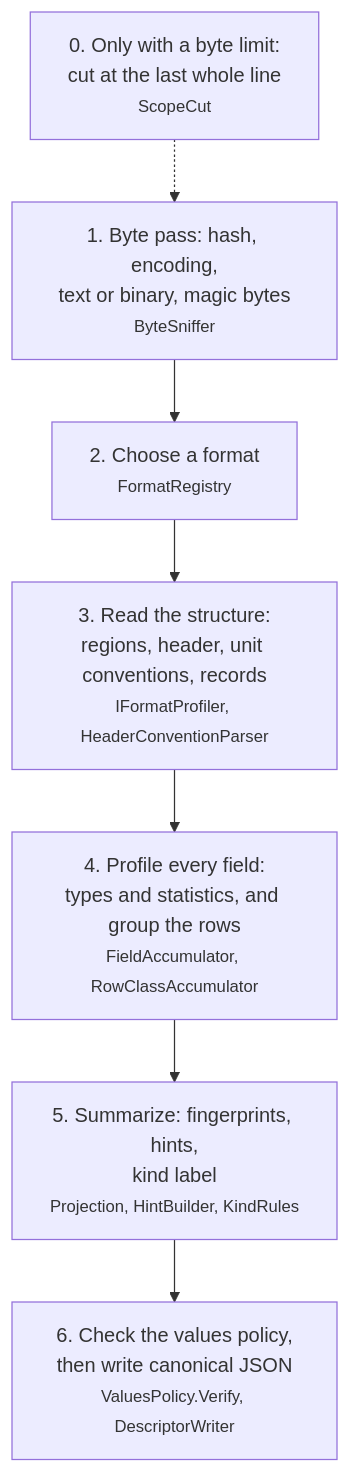
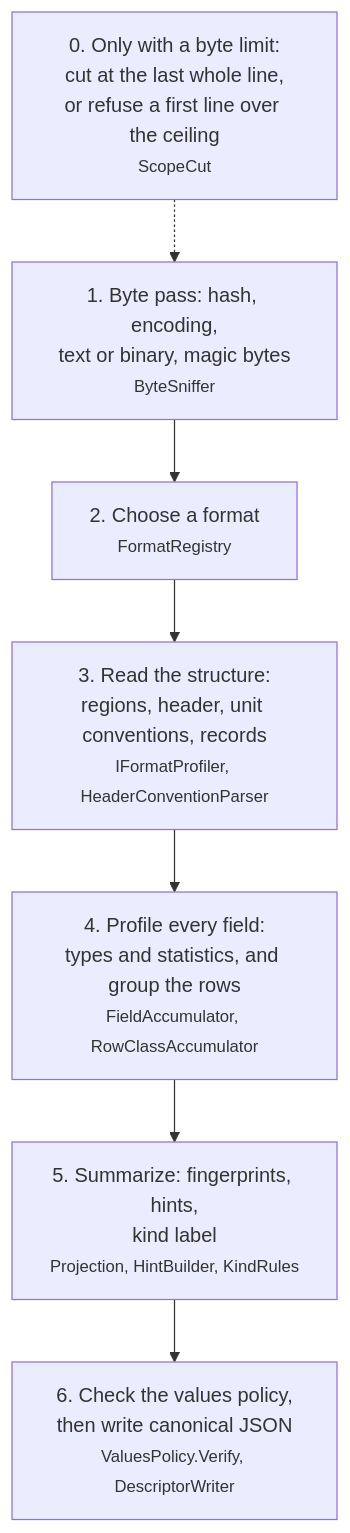
The second of 30 diagrams in docs/how-it-works.md (squalor-xyz/squalify), drawn with Mermaid before and after one commit. The commit also changed other lines of this file and 17 other files, not shown here.

Commit message:
sq-39: first-record ceiling (MaxFirstRecordBytes, --max-first-record-bytes)

````diff
--- a/docs/how-it-works.md
+++ b/docs/how-it-works.md
@@ -28,9 +28,9 @@
 ```mermaid
 flowchart TD
-    Z["0. Only with a byte limit:<br/>cut at the last whole line<br/><small>ScopeCut</small>"] -.-> A
+    Z["0. Only with a byte limit:<br/>cut at the last whole line,<br/>or refuse a first line over the ceiling<br/><small>ScopeCut</small>"] -.-> A
     A["1. Byte pass: hash, encoding,<br/>text or binary, magic bytes<br/><small>ByteSniffer</small>"] --> B["2. Choose a format<br/><small>FormatRegistry</small>"]
     B --> C["3. Read the structure:<br/>regions, header, unit conventions, records<br/><small>IFormatProfiler, HeaderConventionParser</small>"]
     C --> D["4. Profile every field:<br/>types and statistics, and group the rows<br/><small>FieldAccumulator, RowClassAccumulator</small>"]
     D --> E["5. Summarize: fingerprints, hints,<br/>kind label<br/><small>Projection, HintBuilder, KindRules</small>"]
     E --> F["6. Check the values policy,<br/>then write canonical JSON<br/><small>ValuesPolicy.Verify, DescriptorWriter</small>"]
 ```
````
